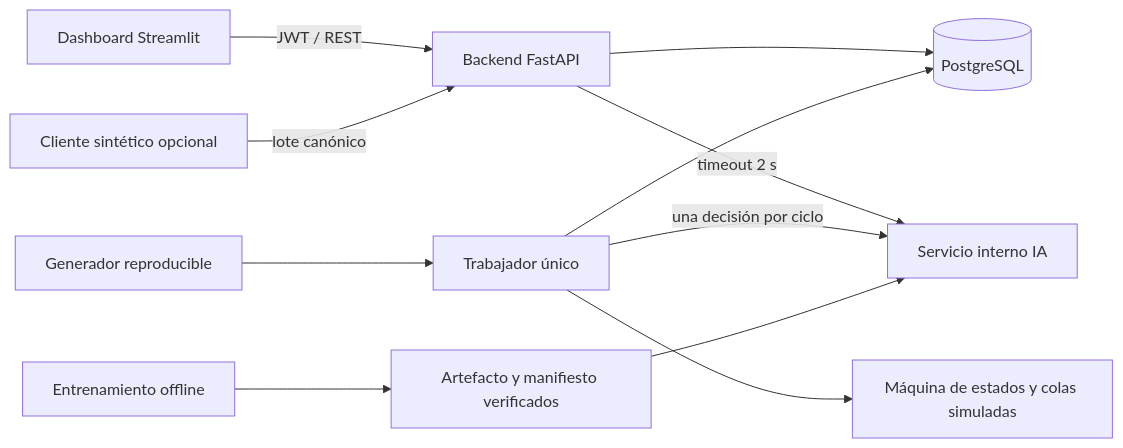
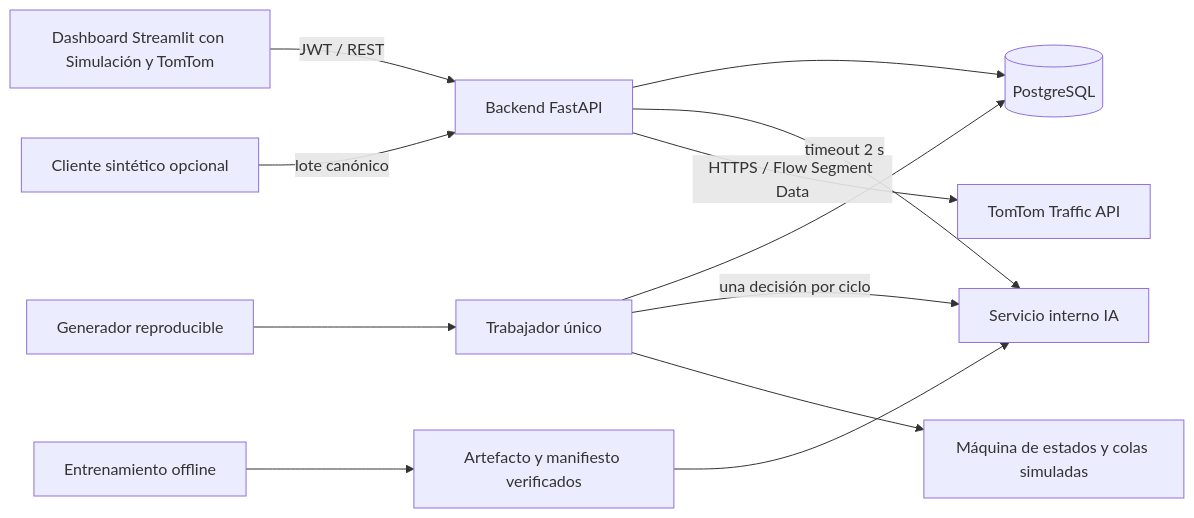
The diagram in docs/FASE_2_Desarrollo_Implementacion.md (DiegoSG826/SistemaTrafico), drawn with Mermaid before and after one commit. The commit also changed other lines of this file and 70 other files, not shown here.

````diff
--- a/docs/FASE_2_Desarrollo_Implementacion.md
+++ b/docs/FASE_2_Desarrollo_Implementacion.md
@@ -93,13 +123,14 @@
 ```mermaid
 flowchart LR
-  D[Dashboard Streamlit] -->|JWT / REST| A[Backend FastAPI]
+  D[Dashboard Streamlit con Simulación y TomTom] -->|JWT / REST| A[Backend FastAPI]
   S[Cliente sintético opcional] -->|lote canónico| A
   A --> P[(PostgreSQL)]
   A -->|timeout 2 s| M[Servicio interno IA]
+  A -->|HTTPS / Flow Segment Data| TT[TomTom Traffic API]
   W[Trabajador único] --> P
   W -->|una decisión por ciclo| M
   G[Generador reproducible] --> W
   W --> Q[Máquina de estados y colas simuladas]
   T[Entrenamiento offline] --> R[Artefacto y manifiesto verificados]
   R --> M
 ```
````
